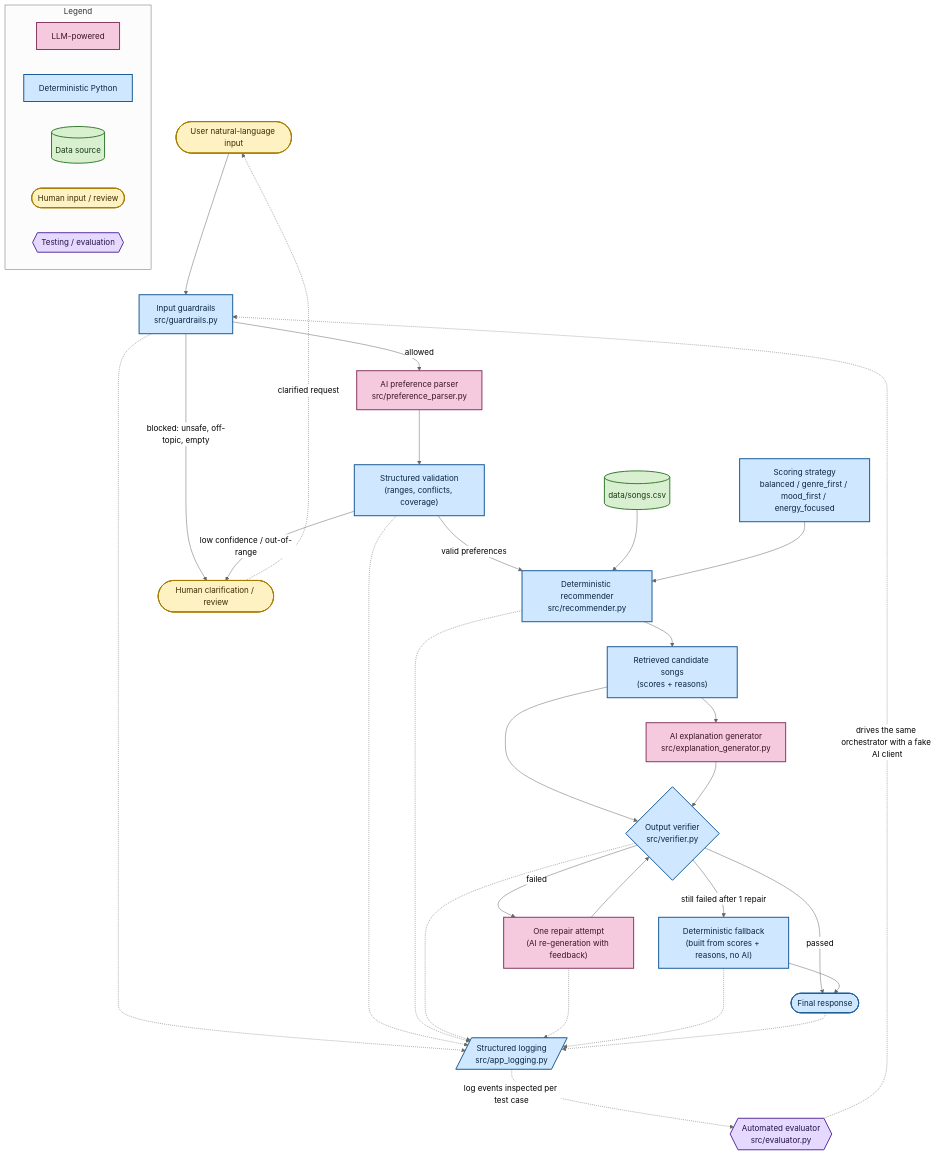
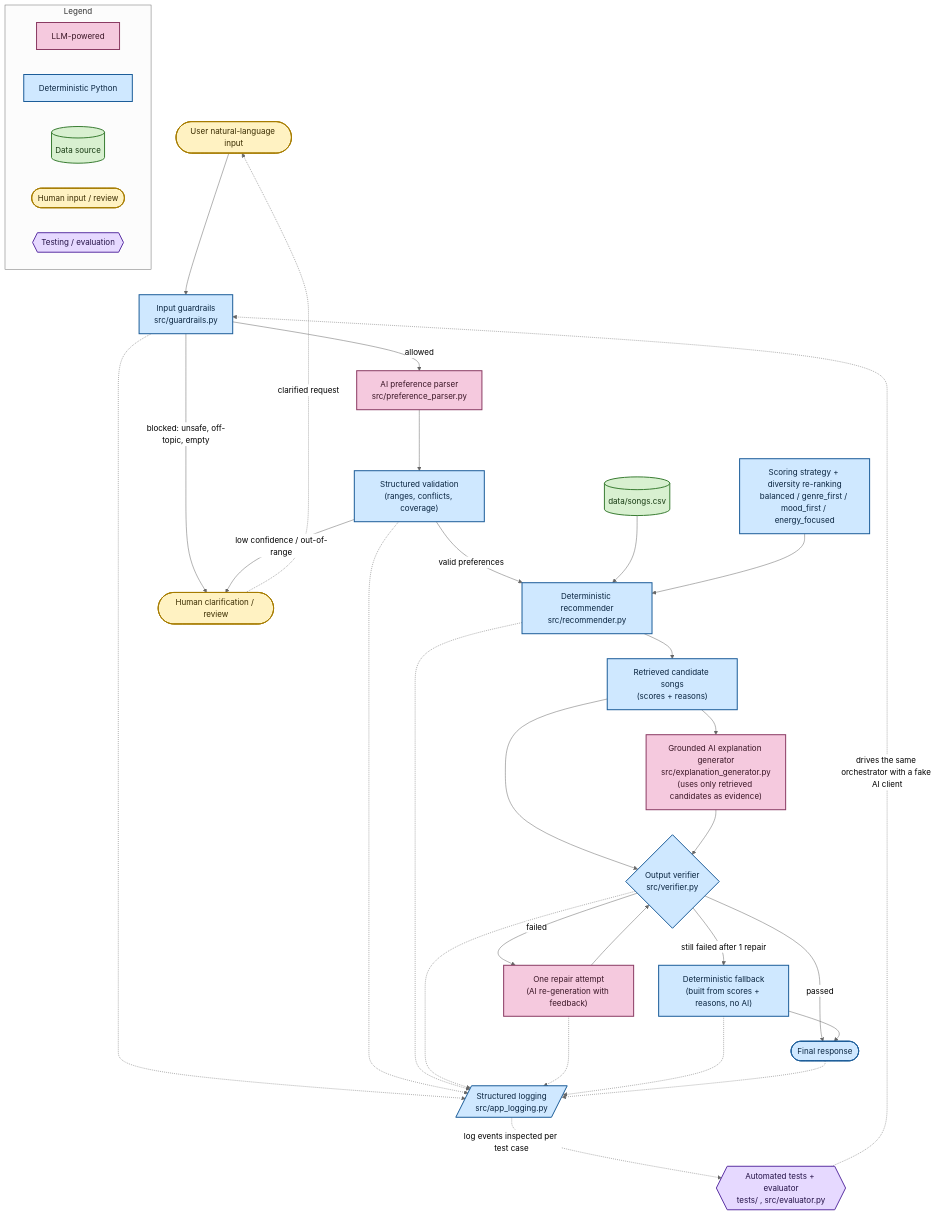
The diagram in assets/diagrams/architecture.mmd (Leooo12/applied-ai-system-project), drawn with Mermaid (neutral theme) before and after one commit.

Commit message:
Clarify diagram labels for diversity re-ranking and grounded explanation
Names the diversity-aware re-ranking pass alongside the scoring strategy,
marks the explanation generator as grounded in retrieved evidence only,
and labels the evaluator node to cover both pytest and the reliability
evaluator, matching what the code actually does.

```diff
--- a/assets/diagrams/architecture.mmd
+++ b/assets/diagrams/architecture.mmd
@@ -1,70 +1,70 @@
 %%{init: {"flowchart": {"htmlLabels": true}} }%%
 flowchart TD
 
     %% ================= Legend =================
     subgraph Legend["Legend"]
         direction LR
         L1["LLM-powered"]:::llm
         L2["Deterministic Python"]:::det
         L3[("Data source")]:::data
         L4(["Human input / review"]):::human
         L5{{"Testing / evaluation"}}:::test
     end
 
     %% ================= Main pipeline =================
     U(["User natural-language input"]):::human
     IG["Input guardrails<br/>src/guardrails.py"]:::det
     PP["AI preference parser<br/>src/preference_parser.py"]:::llm
     SV["Structured validation<br/>(ranges, conflicts, coverage)"]:::det
     CSV[("data/songs.csv")]:::data
     REC["Deterministic recommender<br/>src/recommender.py"]:::det
-    STRAT["Scoring strategy<br/>balanced / genre_first / mood_first / energy_focused"]:::det
+    STRAT["Scoring strategy + diversity re-ranking<br/>balanced / genre_first / mood_first / energy_focused"]:::det
     CAND["Retrieved candidate songs<br/>(scores + reasons)"]:::det
-    EXPL["AI explanation generator<br/>src/explanation_generator.py"]:::llm
+    EXPL["Grounded AI explanation generator<br/>src/explanation_generator.py<br/>(uses only retrieved candidates as evidence)"]:::llm
     VER{"Output verifier<br/>src/verifier.py"}:::det
     REPAIR["One repair attempt<br/>(AI re-generation with feedback)"]:::llm
     FALL["Deterministic fallback<br/>(built from scores + reasons, no AI)"]:::det
     RESP(["Final response"]):::det
     LOG[/"Structured logging<br/>src/app_logging.py"/]:::det
-    EVAL{{"Automated evaluator<br/>src/evaluator.py"}}:::test
+    EVAL{{"Automated tests + evaluator<br/>tests/ , src/evaluator.py"}}:::test
     HUMAN(["Human clarification / review"]):::human
 
     %% ================= Flow =================
     U --> IG
     IG -->|blocked: unsafe, off-topic, empty| HUMAN
     IG -->|allowed| PP
     PP --> SV
     SV -->|low confidence / out-of-range| HUMAN
     SV -->|valid preferences| REC
     CSV --> REC
     STRAT --> REC
     REC --> CAND
     CAND --> EXPL
     CAND --> VER
     EXPL --> VER
     VER -->|passed| RESP
     VER -->|failed| REPAIR
     REPAIR --> VER
     VER -->|still failed after 1 repair| FALL
     FALL --> RESP
     HUMAN -.->|clarified request| U
 
     %% ================= Cross-cutting: logging =================
     IG -.-> LOG
     SV -.-> LOG
     REC -.-> LOG
     VER -.-> LOG
     REPAIR -.-> LOG
     FALL -.-> LOG
     RESP -.-> LOG
 
     %% ================= Cross-cutting: evaluation =================
     EVAL -.->|drives the same orchestrator with a fake AI client| IG
     LOG -.->|log events inspected per test case| EVAL
 
     %% ================= Styles =================
     classDef llm fill:#f5c9de,stroke:#8a3b63,color:#3a1626,stroke-width:2px;
     classDef det fill:#cfe8ff,stroke:#1c5d99,color:#0a2540,stroke-width:2px;
     classDef data fill:#d8f0d0,stroke:#3a7d33,color:#173a12,stroke-width:2px;
     classDef human fill:#fff2c2,stroke:#a67c00,color:#3a2c00,stroke-width:2px;
     classDef test fill:#e6d9ff,stroke:#5b32a3,color:#241247,stroke-width:2px;
```
